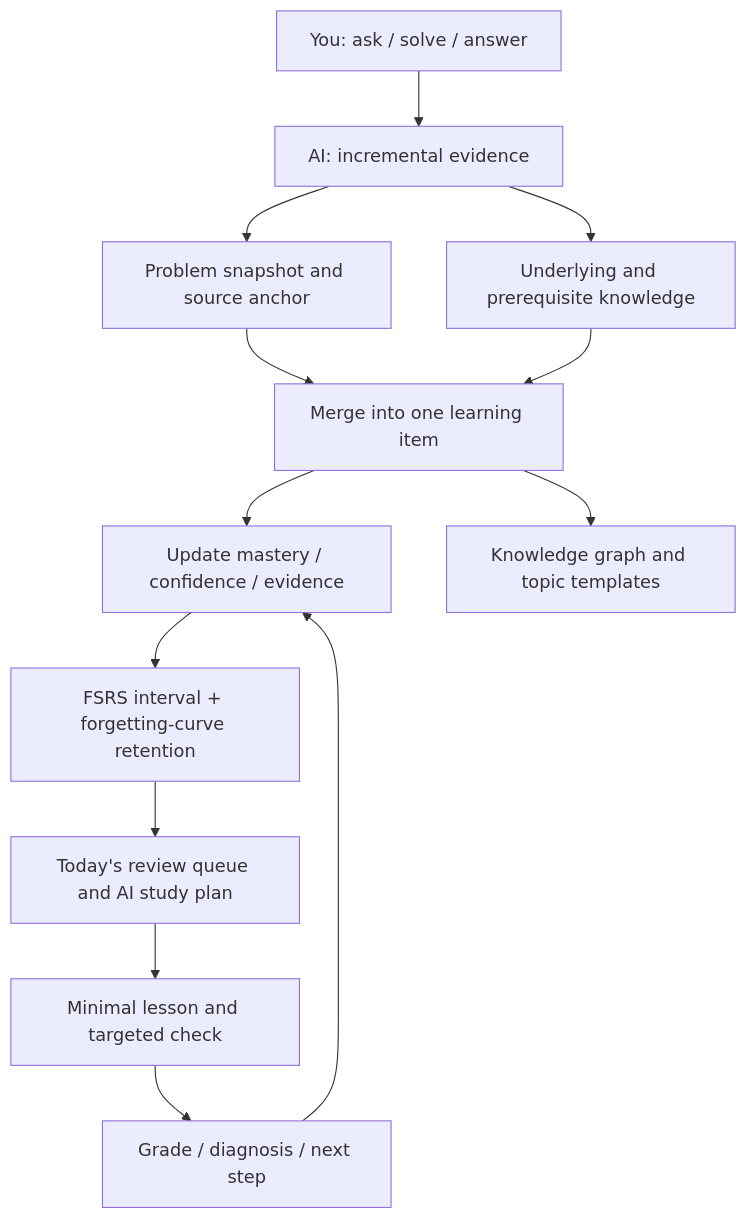
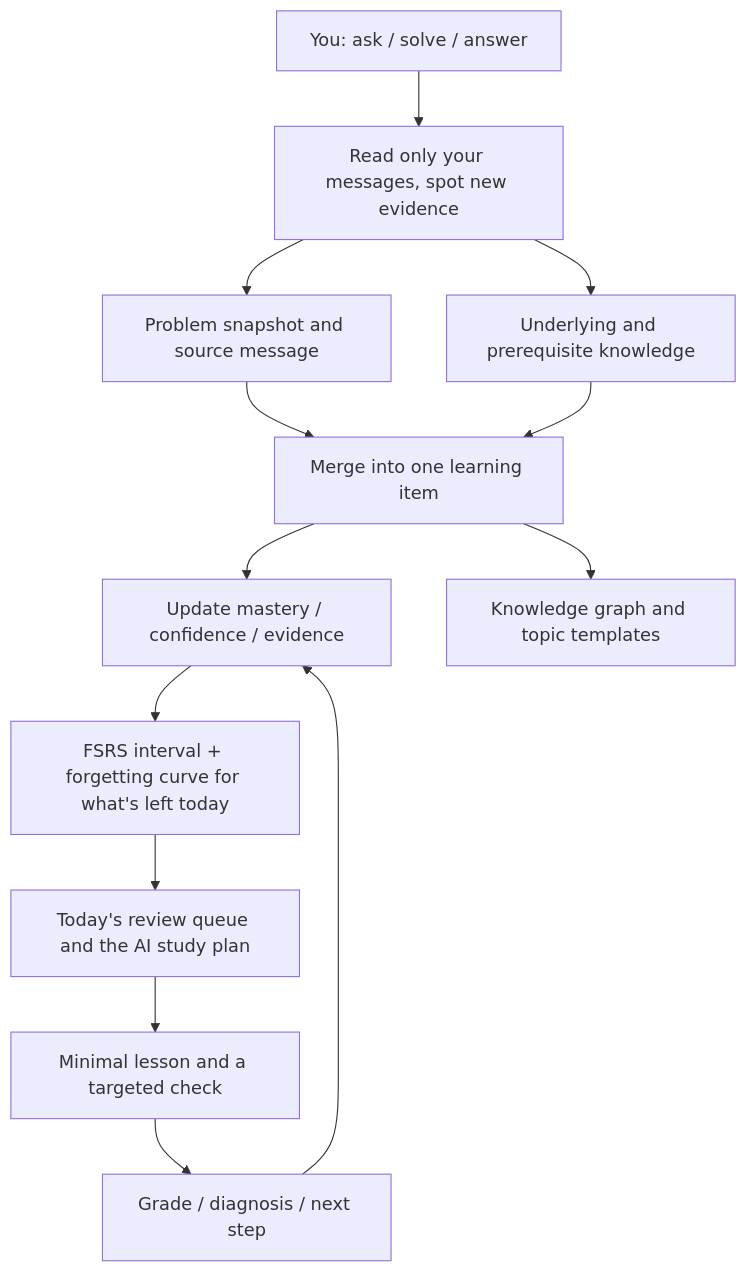
The diagram in README.en.md (huaxx-lab/LeetLens), drawn with Mermaid before and after one commit. The commit also changed other lines of this file and 2 other files, not shown here.

````diff
--- a/README.en.md
+++ b/README.en.md
@@ -241,15 +251,15 @@
 ```mermaid
 flowchart TD
-  A[You: ask / solve / answer] --> B[AI: incremental evidence]
-  B --> C[Problem snapshot and source anchor]
+  A[You: ask / solve / answer] --> B[Read only your messages, spot new evidence]
+  B --> C[Problem snapshot and source message]
   B --> D[Underlying and prerequisite knowledge]
   C --> E[Merge into one learning item]
   D --> E
   E --> F[Update mastery / confidence / evidence]
-  F --> G[FSRS interval + forgetting-curve retention]
-  G --> H[Today's review queue and AI study plan]
-  H --> I[Minimal lesson and targeted check]
+  F --> G[FSRS interval + forgetting curve for what's left today]
+  G --> H[Today's review queue and the AI study plan]
+  H --> I[Minimal lesson and a targeted check]
   I --> J[Grade / diagnosis / next step]
   J --> F
   E --> K[Knowledge graph and topic templates]
 ```
````
